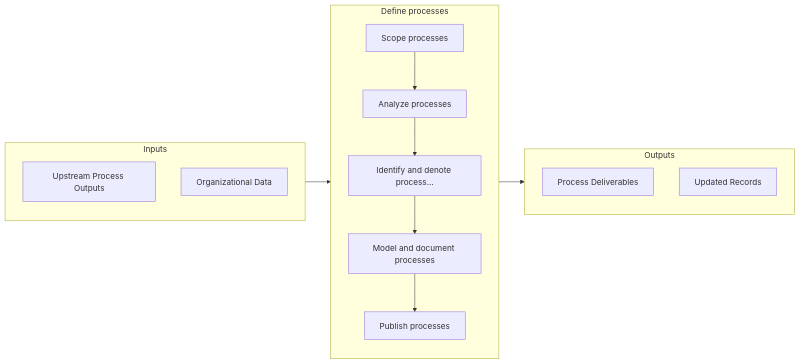
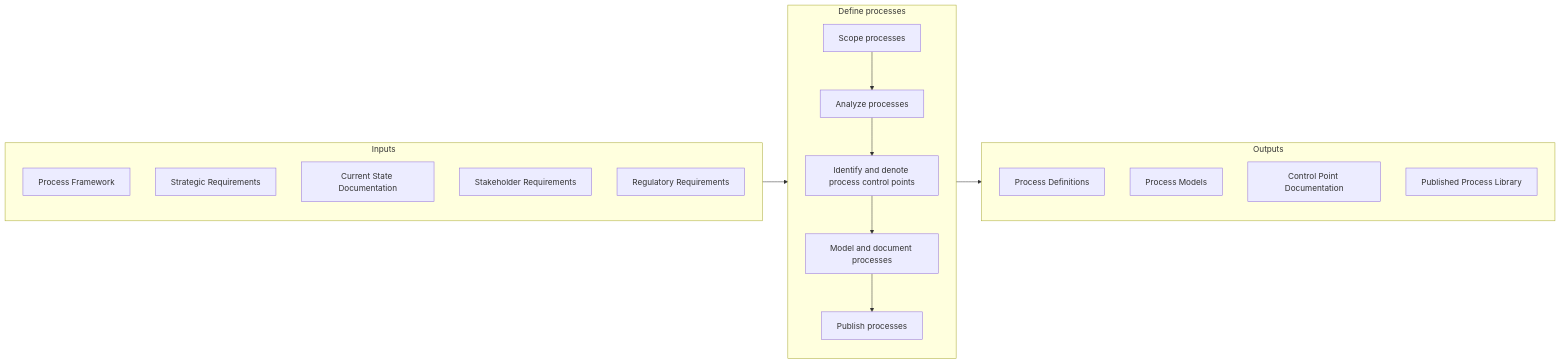
Before and after one commit to kziemski/business.org.ai: the second of 2 diagrams in processes/13-Capabilities/13.1-ManageBusinessProcesses/13.1.3-DefineProcesses/index.mdx, drawn with Mermaid. The commit also changed other lines of this file and 885 other files, not shown here.

````diff
--- a/processes/13-Capabilities/13.1-ManageBusinessProcesses/13.1.3-DefineProcesses/index.mdx
+++ b/processes/13-Capabilities/13.1-ManageBusinessProcesses/13.1.3-DefineProcesses/index.mdx
@@ -63,26 +65,31 @@
 ```mermaid
 flowchart LR
     subgraph Inputs["Inputs"]
-        I1["Upstream Process Outputs"]
-        I2["Organizational Data"]
+        I1["Process Framework"]
+        I2["Strategic Requirements"]
+        I3["Current State Documentation"]
+        I4["Stakeholder Requirements"]
+        I5["Regulatory Requirements"]
     end
 
     subgraph Process["Define processes"]
         S1["Scope processes"]
         S2["Analyze processes"]
-        S3["Identify and denote process..."]
+        S3["Identify and denote process control points"]
         S4["Model and document processes"]
         S5["Publish processes"]
     end
 
     subgraph Outputs["Outputs"]
-        O1["Process Deliverables"]
-        O2["Updated Records"]
+        O1["Process Definitions"]
+        O2["Process Models"]
+        O3["Control Point Documentation"]
+        O4["Published Process Library"]
     end
 
     Inputs --> Process --> Outputs
     S1 --> S2
     S2 --> S3
     S3 --> S4
     S4 --> S5
 ```
````
